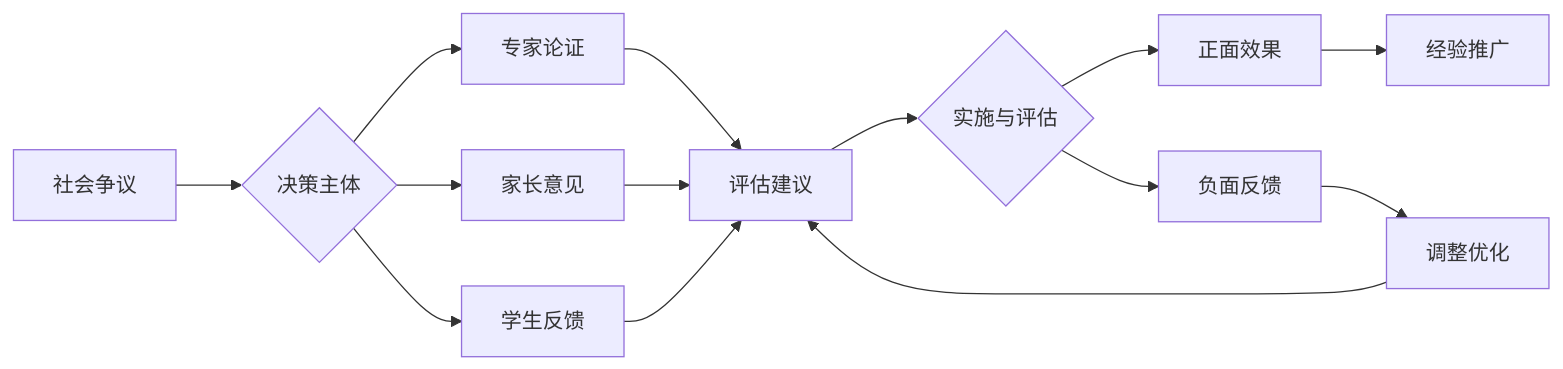
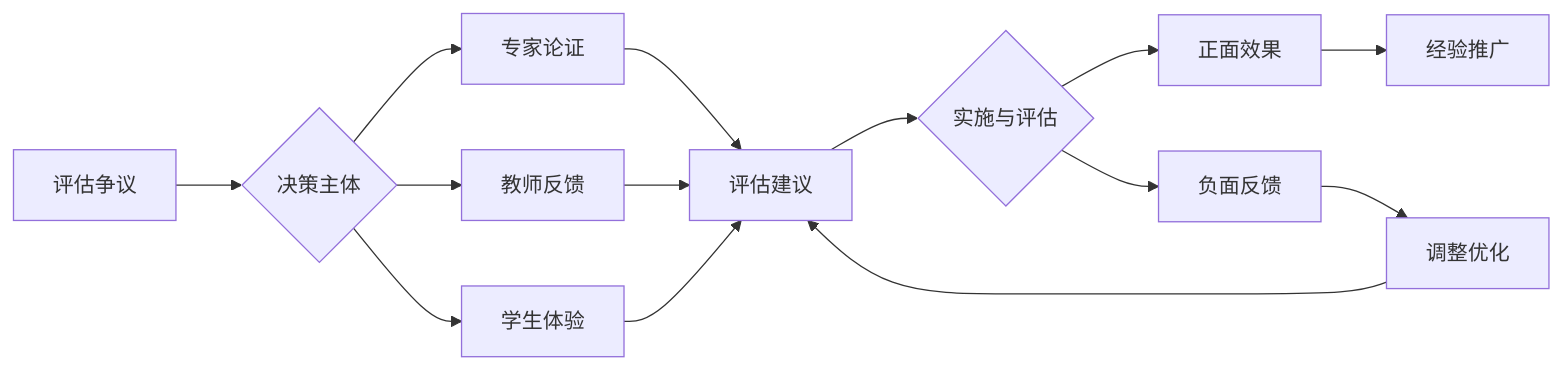
The third of 3 diagrams in 04-评估与发展/01-学习评估体系.md (AdaMartin18010/SeniorEnducation), drawn with Mermaid before and after one commit. The commit also changed other lines of this file and 18 other files, not shown here.

````diff
--- a/04-评估与发展/01-学习评估体系.md
+++ b/04-评估与发展/01-学习评估体系.md
@@ -202,16 +202,16 @@
 ```mermaid
 graph LR
-    A[社会争议] --> B{决策主体}
+    A[评估争议] --> B{决策主体}
     B --> C[专家论证]
-    B --> D[家长意见]
-    B --> E[学生反馈]
+    B --> D[教师反馈]
+    B --> E[学生体验]
     C --> F[评估建议]
     D --> F
     E --> F
     F --> G{实施与评估}
     G --> H[正面效果]
     G --> I[负面反馈]
     I --> J[调整优化]
     H --> K[经验推广]
     J --> F
 ```
````
